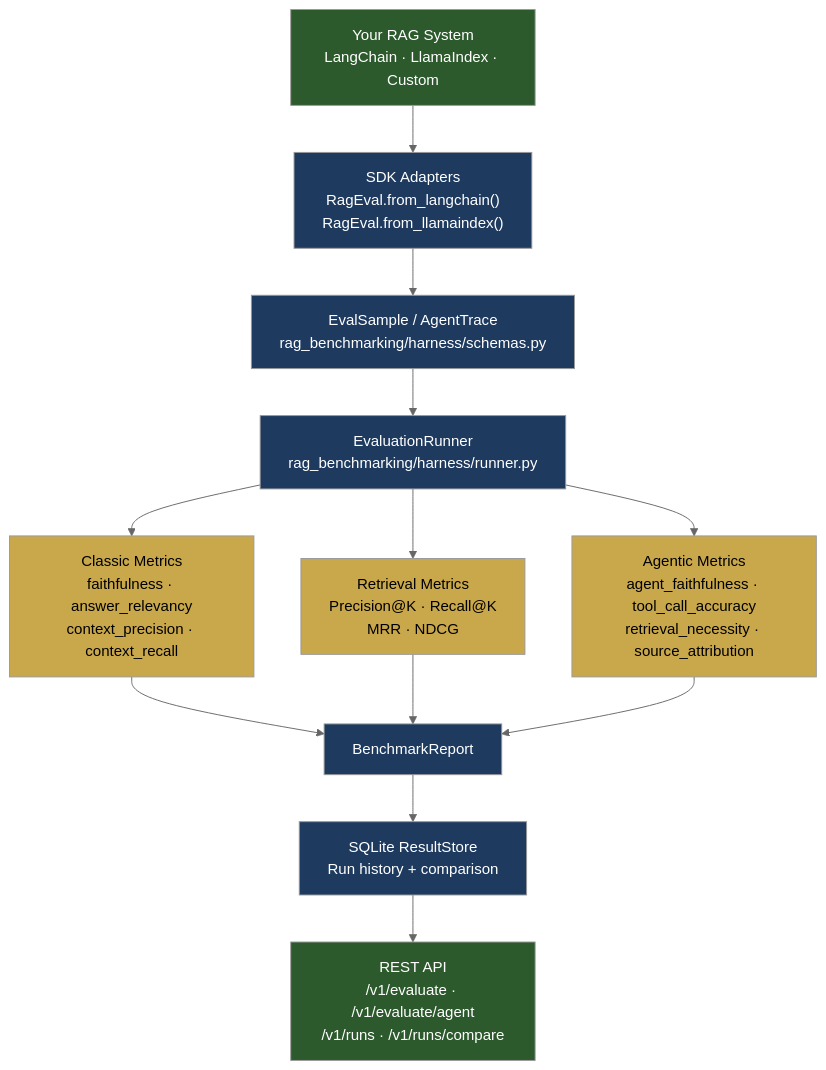
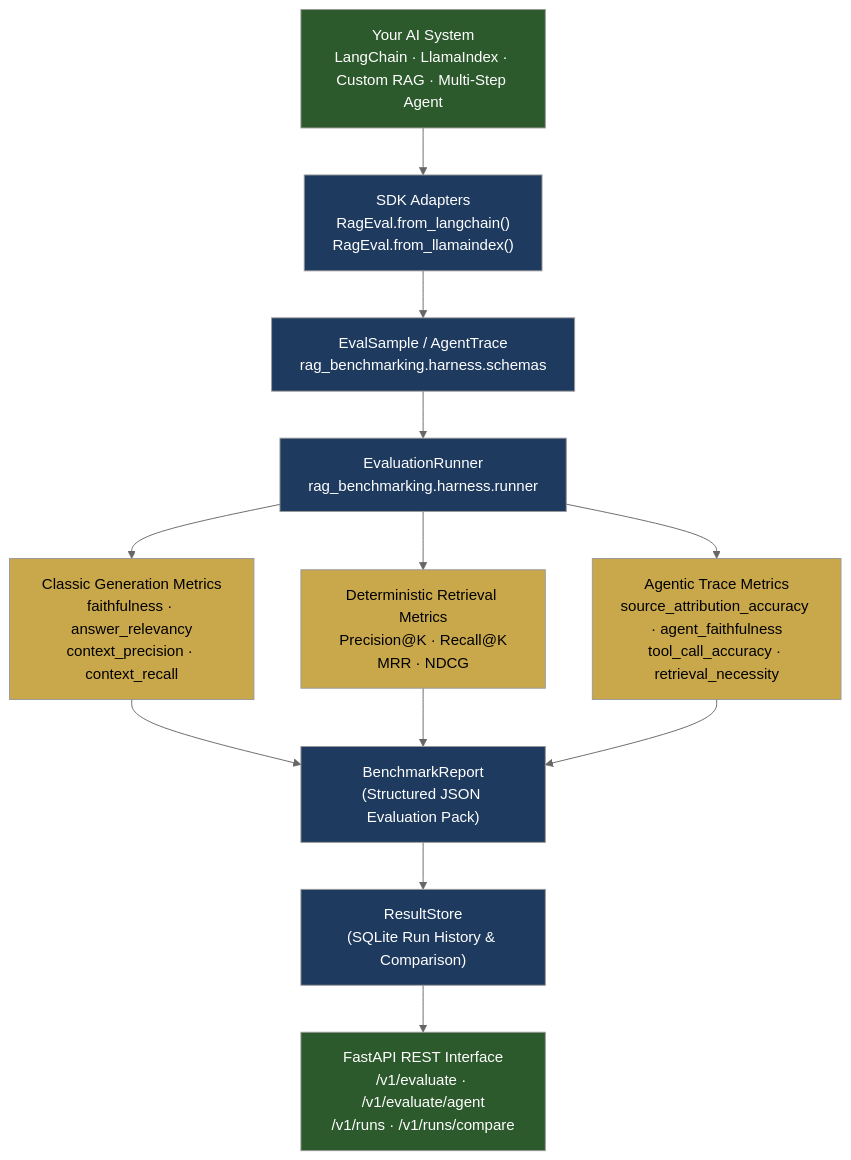
The first of 3 diagrams in README.md (aiexponent/rag-benchmarking), drawn with Mermaid (neutral theme) before and after one commit. The commit also changed other lines of this file and 1 other file, not shown here.

Commit message:
docs: overhaul README with Article 15 mapping, 5-tool reciprocal footer, flat-square badges & add Dependabot (PRD-186) (#28)

````diff
--- a/README.md
+++ b/README.md
@@ -64,35 +121,35 @@
 ```mermaid
 graph TD
-    RAG["Your RAG System\nLangChain · LlamaIndex · Custom"]
+    RAG["Your AI System\nLangChain · LlamaIndex · Custom RAG · Multi-Step Agent"]
     SDK["SDK Adapters\nRagEval.from_langchain()\nRagEval.from_llamaindex()"]
-    SCHEMA["EvalSample / AgentTrace\nrag_benchmarking/harness/schemas.py"]
-    RUNNER["EvaluationRunner\nrag_benchmarking/harness/runner.py"]
+    SCHEMA["EvalSample / AgentTrace\nrag_benchmarking.harness.schemas"]
+    RUNNER["EvaluationRunner\nrag_benchmarking.harness.runner"]
 
-    CLASSIC["Classic Metrics\nfaithfulness · answer_relevancy\ncontext_precision · context_recall"]
-    RETRIEVAL["Retrieval Metrics\nPrecision@K · Recall@K\nMRR · NDCG"]
-    AGENTIC["Agentic Metrics\nagent_faithfulness · tool_call_accuracy\nretrieval_necessity · source_attribution"]
+    CLASSIC["Classic Generation Metrics\nfaithfulness · answer_relevancy\ncontext_precision · context_recall"]
+    RETRIEVAL["Deterministic Retrieval Metrics\nPrecision@K · Recall@K\nMRR · NDCG"]
+    AGENTIC["Agentic Trace Metrics\nsource_attribution_accuracy · agent_faithfulness\ntool_call_accuracy · retrieval_necessity"]
 
-    REPORT["BenchmarkReport"]
-    STORE["SQLite ResultStore\nRun history + comparison"]
-    API["REST API\n/v1/evaluate · /v1/evaluate/agent\n/v1/runs · /v1/runs/compare"]
+    REPORT["BenchmarkReport\n(Structured JSON Evaluation Pack)"]
+    STORE["ResultStore\n(SQLite Run History & Comparison)"]
+    API["FastAPI REST Interface\n/v1/evaluate · /v1/evaluate/agent\n/v1/runs · /v1/runs/compare"]
 
     RAG --> SDK --> SCHEMA --> RUNNER
     RUNNER --> CLASSIC
     RUNNER --> RETRIEVAL
     RUNNER --> AGENTIC
     CLASSIC --> REPORT
     RETRIEVAL --> REPORT
     AGENTIC --> REPORT
     REPORT --> STORE --> API
 
     style RAG fill:#2d5a2d,color:#fff
     style SDK fill:#1e3a5f,color:#fff
     style SCHEMA fill:#1e3a5f,color:#fff
     style RUNNER fill:#1e3a5f,color:#fff
     style CLASSIC fill:#c9a84c,color:#000
     style RETRIEVAL fill:#c9a84c,color:#000
     style AGENTIC fill:#c9a84c,color:#000
     style REPORT fill:#1e3a5f,color:#fff
     style STORE fill:#1e3a5f,color:#fff
     style API fill:#2d5a2d,color:#fff
 ```
````
